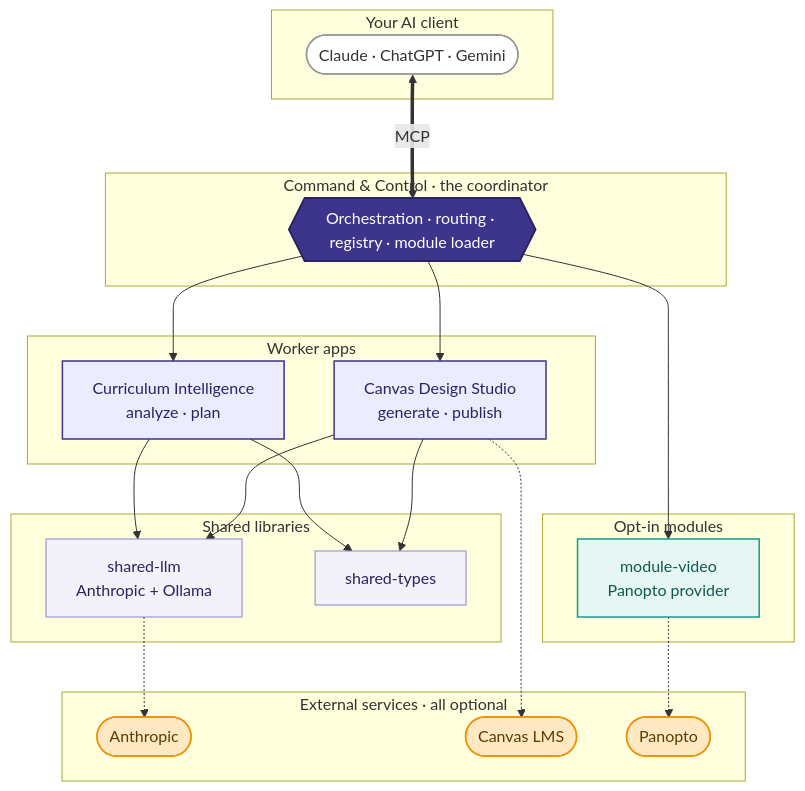
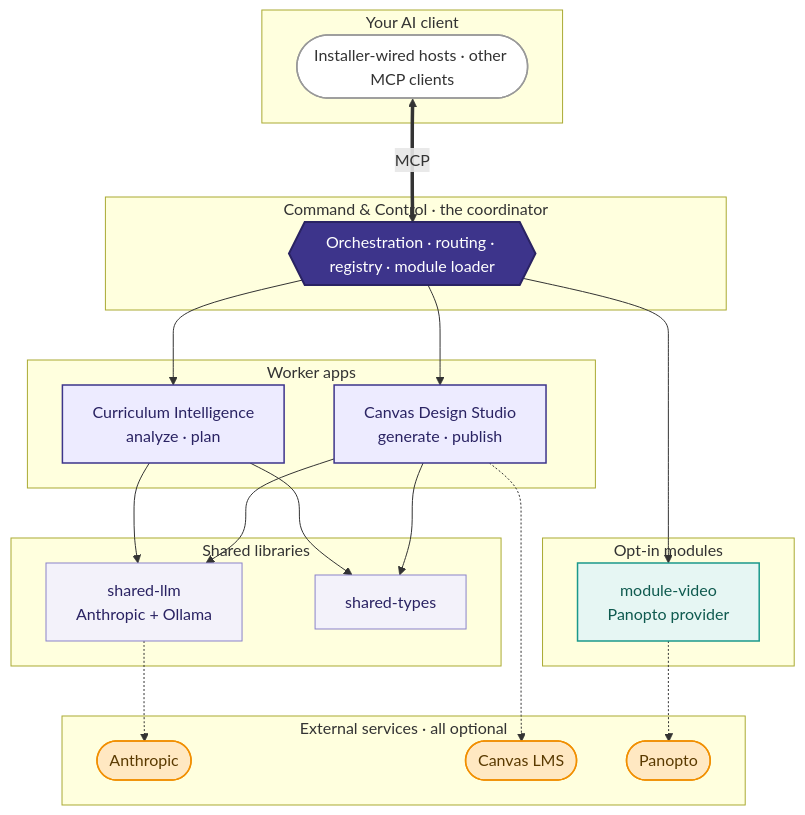
Before and after one commit to Ryfter/canvas-toolchain: the third of 7 diagrams in docs/visual-guide/README.md, drawn with Mermaid. The commit also changed other lines of this file and 8 other files, not shown here.

````diff
--- a/docs/visual-guide/README.md
+++ b/docs/visual-guide/README.md
@@ -67,48 +67,48 @@
 ```mermaid
 flowchart TB
     subgraph CLIENT [Your AI client]
-        AIC([Claude · ChatGPT · Gemini])
+        AIC([Installer-wired hosts · other MCP clients])
     end
 
     AIC <== "MCP" ==> CC
 
     subgraph CORE [Command & Control · the coordinator]
         CC{{Orchestration · routing · registry · module loader}}
     end
 
     subgraph APPS [Worker apps]
         CI[Curriculum Intelligence<br/>analyze · plan]
         CDS[Canvas Design Studio<br/>generate · publish]
     end
 
     subgraph SHARED [Shared libraries]
         SL[shared-llm<br/>Anthropic + Ollama]
         ST[shared-types]
     end
 
     subgraph MODULES [Opt-in modules]
         MV[module-video<br/>Panopto provider]
     end
 
     CC --> CI & CDS
     CC --> MV
     CI & CDS --> SL & ST
 
     subgraph EXT [External services · all optional]
         ANT([Anthropic]):::ext
         CANVAS([Canvas LMS]):::ext
         PAN([Panopto]):::ext
     end
 
     SL -.-> ANT
     CDS -.-> CANVAS
     MV -.-> PAN
 
     classDef hub fill:#3D348B,stroke:#2A2363,stroke-width:2px,color:#fff;
     classDef app fill:#EDEBFF,stroke:#3D348B,stroke-width:1.5px,color:#2A2363;
     classDef lib fill:#F3F2FA,stroke:#8A82C9,stroke-width:1px,color:#2A2363;
     classDef mod fill:#E6F6F3,stroke:#1B998B,stroke-width:1.5px,color:#0F5A4F;
     classDef ext fill:#FFE8C2,stroke:#F18F01,stroke-width:1.5px,color:#5A3A00;
     classDef client fill:#fff,stroke:#999,stroke-width:1.5px,color:#333;
     class CC hub; class CI,CDS app; class SL,ST lib; class MV mod; class ANT,CANVAS,PAN ext; class AIC client;
 ```
````
